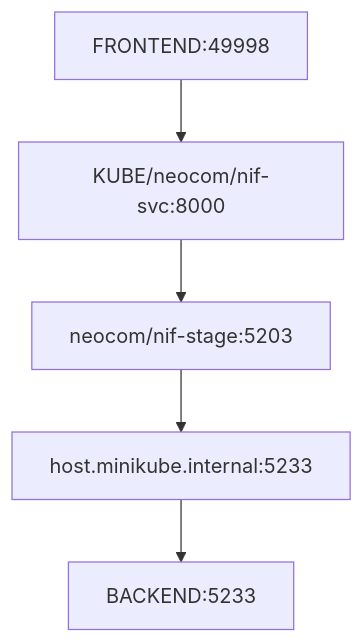
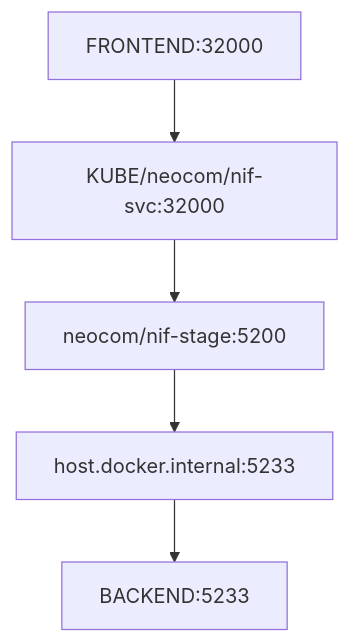
One commit to AdamAntinoo/neocom-infinity changed the diagram in ProjectControl/NETWORK-ARCHITECTURE.md. Above: the diagram before and after it, drawn with Mermaid. The commit also changed 6 other files, not shown here.

````diff
--- a/ProjectControl/NETWORK-ARCHITECTURE.md
+++ b/ProjectControl/NETWORK-ARCHITECTURE.md
@@ -5,7 +5,7 @@
 ```mermaid
   graph TD;
-      FRONTEND:49998-->KUBE/neocom/nif-svc:8000;
-      KUBE/neocom/nif-svc:8000-->neocom/nif-stage:5203;
-      neocom/nif-stage:5203-->host.minikube.internal:5233;
-      host.minikube.internal:5233-->BACKEND:5233;
+      FRONTEND:32000-->KUBE/neocom/nif-svc:32000;
+      KUBE/neocom/nif-svc:32000-->neocom/nif-stage:5200;
+      neocom/nif-stage:5200-->host.docker.internal:5233;
+      host.docker.internal:5233-->BACKEND:5233;
 ```
````
